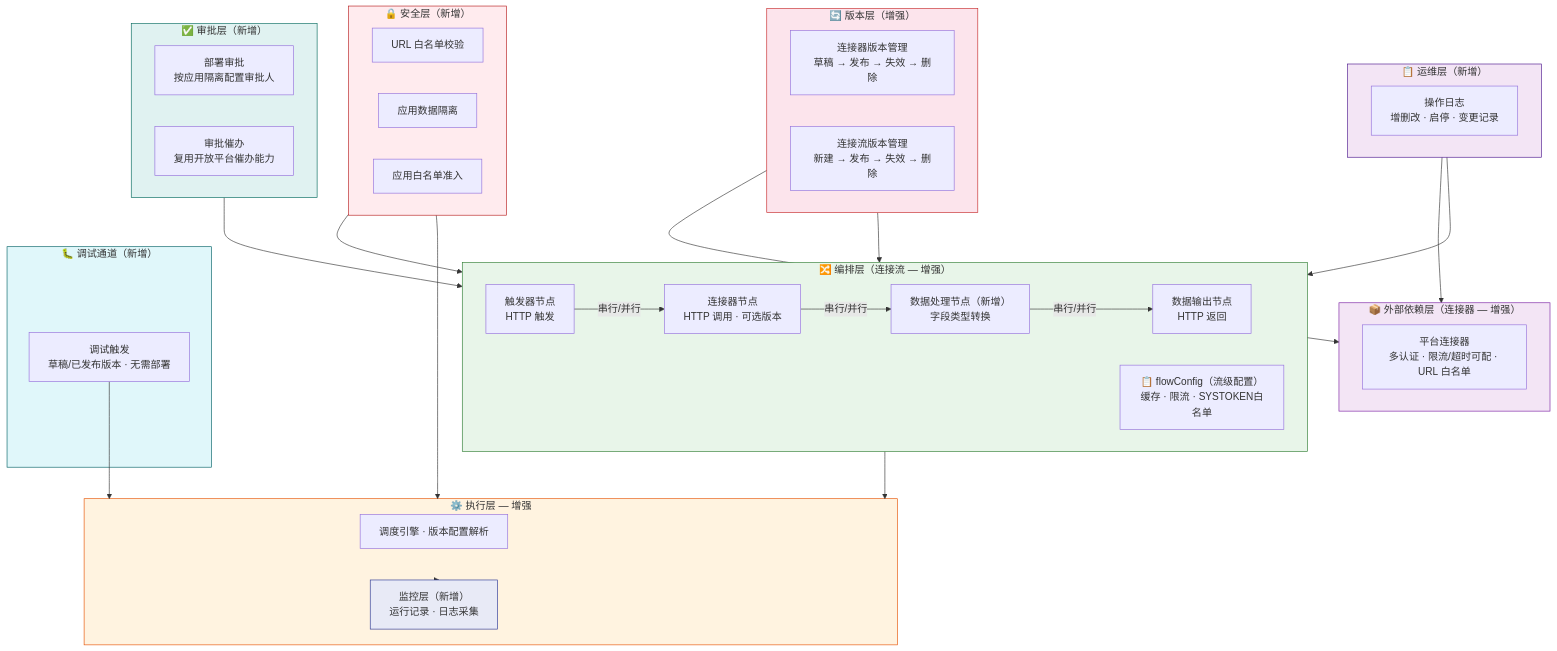
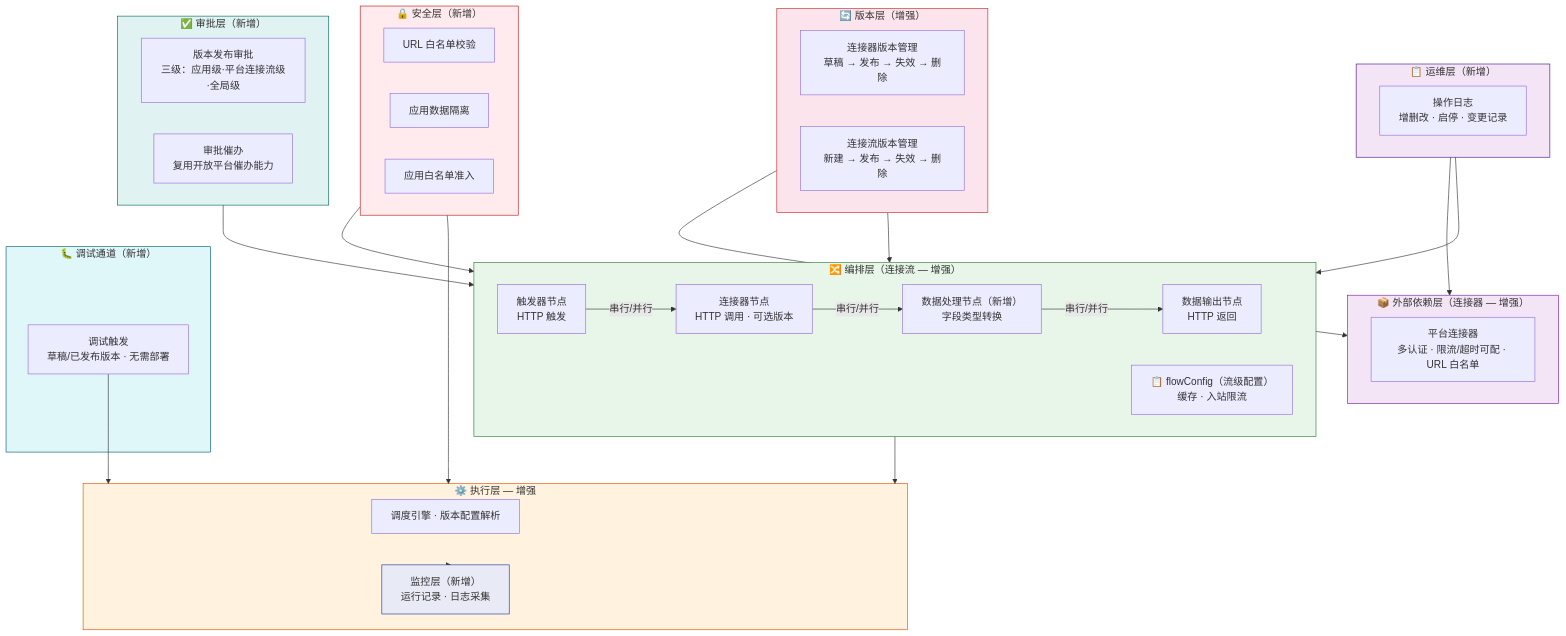
The diagram in .sddu/specs-tree-root/specs-tree-connector-platform-v2/spec.md (THZSummer/open-app), drawn with Mermaid before and after one commit. The commit also changed other lines of this file, not shown here.

````diff
--- a/.sddu/specs-tree-root/specs-tree-connector-platform-v2/spec.md
+++ b/.sddu/specs-tree-root/specs-tree-connector-platform-v2/spec.md
@@ -44,67 +44,67 @@
 ```mermaid
 graph TB
     subgraph Ver["🔄 版本层（增强）"]
         CV["连接器版本管理\n草稿 → 发布 → 失效 → 删除"]
         FV["连接流版本管理\n新建 → 发布 → 失效 → 删除"]
     end
 
     subgraph Dep["📦 外部依赖层（连接器 — 增强）"]
         Conn["平台连接器\n多认证 · 限流/超时可配 · URL 白名单"]
     end
 
     subgraph Flow["🔀 编排层（连接流 — 增强）"]
         EN["触发器节点\nHTTP 触发"]
         CN["连接器节点\nHTTP 调用 · 可选版本"]
         PN["数据处理节点（新增）\n字段类型转换"]
         EX["数据输出节点\nHTTP 返回"]
         EN -->|串行/并行| CN
         CN -->|串行/并行| PN
         PN -->|串行/并行| EX
-        FC["📋 flowConfig（流级配置）\n缓存 · 限流 · SYSTOKEN白名单"]
+        FC["📋 flowConfig（流级配置）\n缓存 · 入站限流"]
     end
 
     subgraph RT["⚙️ 执行层 — 增强"]
         R["调度引擎 · 版本配置解析"]
         M["监控层（新增）\n运行记录 · 日志采集"]
     end
 
     subgraph Sec["🔒 安全层（新增）"]
         WL["URL 白名单校验"]
         ISO["应用数据隔离"]
         AWL["应用白名单准入"]
     end
 
     subgraph Appr["✅ 审批层（新增）"]
-        DA["部署审批\n按应用隔离配置审批人"]
+        DA["版本发布审批\n三级：应用级·平台连接流级·全局级"]
         UR["审批催办\n复用开放平台催办能力"]
     end
 
     subgraph DBG["🐛 调试通道（新增）"]
         DRAFT["调试触发\n草稿/已发布版本 · 无需部署"]
     end
 
     subgraph Ops["📋 运维层（新增）"]
         LOG["操作日志\n增删改 · 启停 · 变更记录"]
     end
 
     Ver --> Dep
     Ver --> Flow
     Flow --> RT
     RT --> M
     Sec --> Flow
     Sec --> RT
     Appr --> Flow
     DRAFT --> RT
     Ops --> Dep
     Ops --> Flow
 
     style Ver fill:#fce4ec,stroke:#c62828
     style Dep fill:#f3e5f5,stroke:#7b1fa2
     style Flow fill:#e8f5e9,stroke:#2e7d32
     style RT fill:#fff3e0,stroke:#e65100
     style M fill:#e8eaf6,stroke:#283593
     style Sec fill:#ffebee,stroke:#b71c1c
     style Appr fill:#e0f2f1,stroke:#00695c
     style DBG fill:#e0f7fa,stroke:#006064
     style Ops fill:#f3e5f5,stroke:#4a148c
 ```
````
